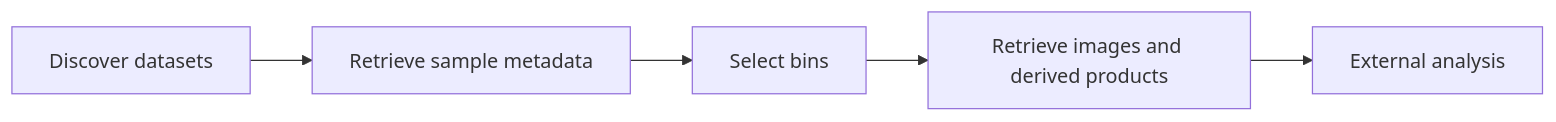
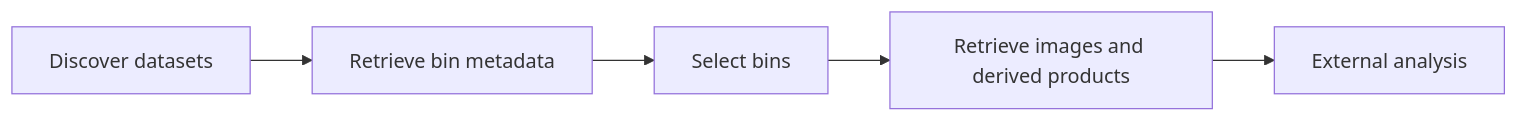
One commit to WHOIGit/ifcb-sync changed the first of 2 diagrams in docs/data-access.md. Above: the diagram before and after it, drawn with Mermaid. The commit also changed other lines of this file, not shown here.

````diff
--- a/docs/data-access.md
+++ b/docs/data-access.md
@@ -9,8 +9,8 @@
 ```mermaid
 flowchart LR
     A[Discover datasets]
-    --> B[Retrieve sample metadata]
+    --> B[Retrieve bin metadata]
     --> C[Select bins]
     --> D[Retrieve images and derived products]
     --> E[External analysis]
 ```
````
